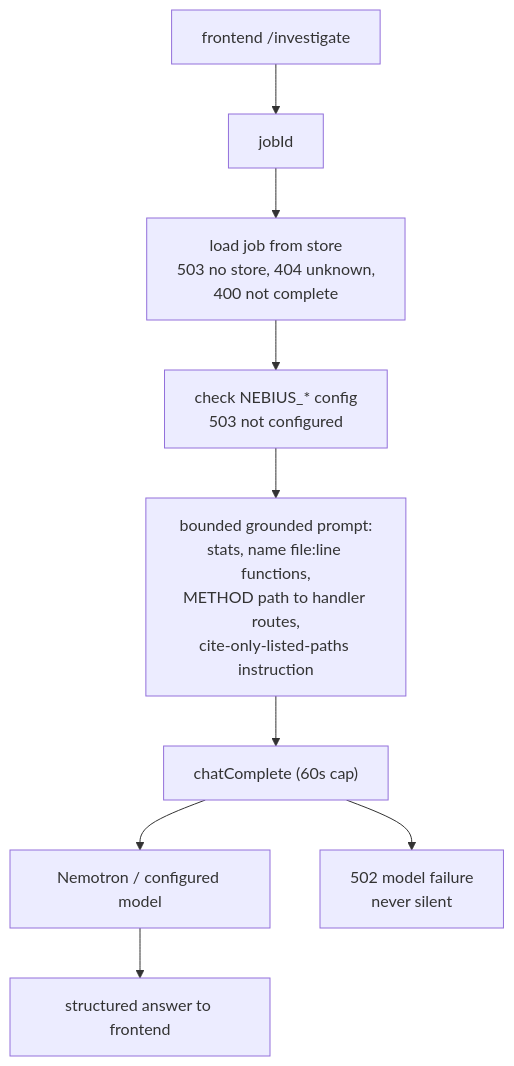
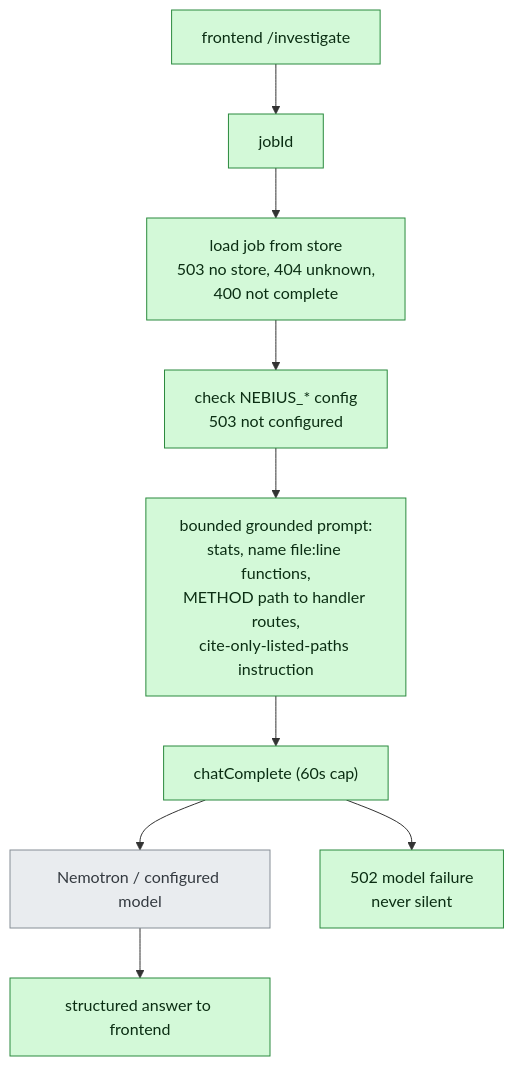
One commit to kaiser1x/hubris changed the eighth of 17 diagrams in docs/ARCHITECTURE.md. Above: the diagram before and after it, drawn with Mermaid. The commit also changed other lines of this file and 1 other file, not shown here.

First line of the commit message:
docs: fix erDiagram reserved word and color-code architecture maps

````diff
--- a/docs/ARCHITECTURE.md
+++ b/docs/ARCHITECTURE.md
@@ -253,21 +277,26 @@
 ```mermaid
 flowchart TD
     FE["frontend /investigate"]
     JID["jobId"]
     Load["load job from store<br/>503 no store, 404 unknown,<br/>400 not complete"]
     Cfg["check NEBIUS_* config<br/>503 not configured"]
     Prompt["bounded grounded prompt:<br/>stats, name file:line functions,<br/>METHOD path to handler routes,<br/>cite-only-listed-paths instruction"]
     Chat["chatComplete (60s cap)"]
     Nemo["Nemotron / configured model"]
     Resp["structured answer to frontend"]
     Fail["502 model failure<br/>never silent"]
 
     FE --> JID
     JID --> Load
     Load --> Cfg
     Cfg --> Prompt
     Prompt --> Chat
     Chat --> Nemo
     Nemo --> Resp
     Chat --> Fail
+
+    classDef live fill:#d3f9d8,stroke:#2b8a3e,color:#0b2e13
+    classDef ext fill:#e9ecef,stroke:#868e96,color:#343a40
+    class FE,JID,Load,Cfg,Prompt,Chat,Resp,Fail live
+    class Nemo ext
 ```
````
